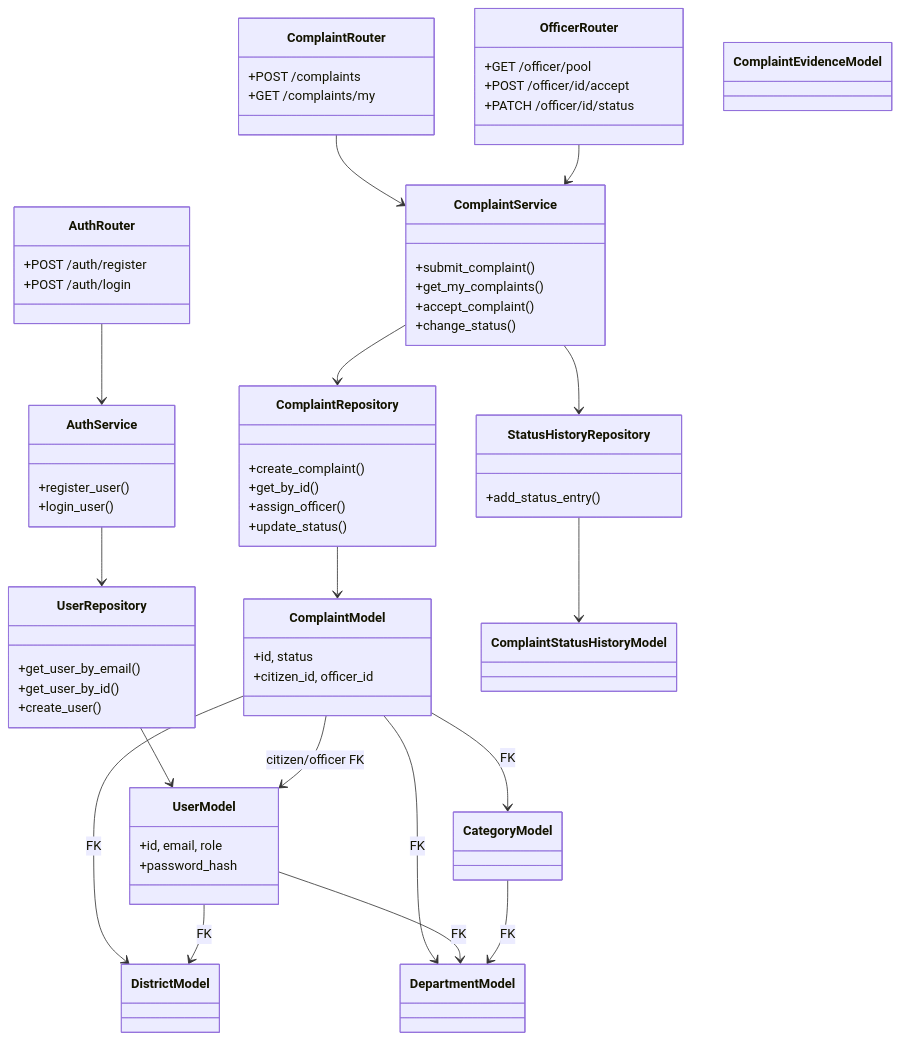
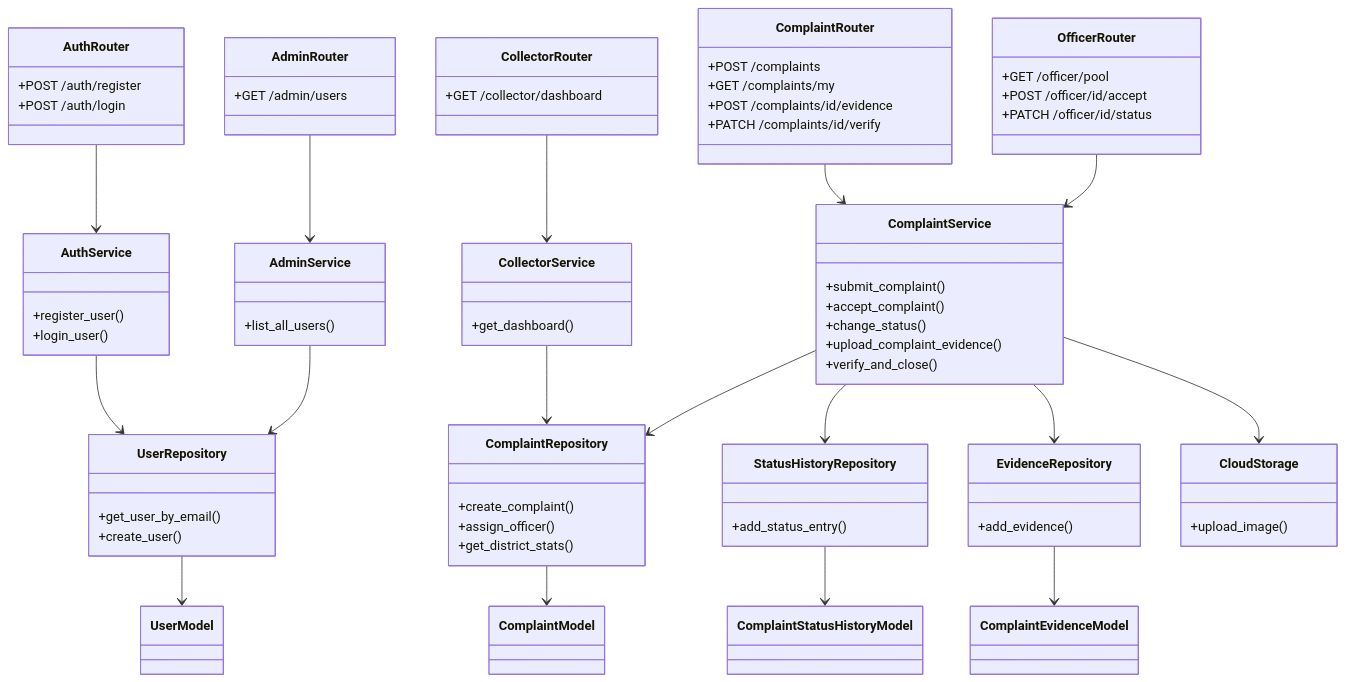
One commit to daarani24/NammaVoice-AI changed the diagram in docs/diagrams/class_diagram.mmd. Above: the diagram before and after it, drawn with Mermaid. The commit also changed 1 other file, not shown here.

Commit message:
docs(final):updated changelog.md and class diagram.mmd

```diff
--- a/docs/diagrams/class_diagram.mmd
+++ b/docs/diagrams/class_diagram.mmd
@@ -1,74 +1,83 @@
 classDiagram
   class AuthRouter {
     +POST /auth/register
     +POST /auth/login
   }
   class ComplaintRouter {
     +POST /complaints
     +GET /complaints/my
+    +POST /complaints/id/evidence
+    +PATCH /complaints/id/verify
   }
   class OfficerRouter {
     +GET /officer/pool
     +POST /officer/id/accept
     +PATCH /officer/id/status
+  }
+  class CollectorRouter {
+    +GET /collector/dashboard
+  }
+  class AdminRouter {
+    +GET /admin/users
   }
 
   class AuthService {
     +register_user()
     +login_user()
   }
   class ComplaintService {
     +submit_complaint()
-    +get_my_complaints()
     +accept_complaint()
     +change_status()
+    +upload_complaint_evidence()
+    +verify_and_close()
+  }
+  class CollectorService {
+    +get_dashboard()
+  }
+  class AdminService {
+    +list_all_users()
   }
 
   class UserRepository {
     +get_user_by_email()
-    +get_user_by_id()
     +create_user()
   }
   class ComplaintRepository {
     +create_complaint()
-    +get_by_id()
     +assign_officer()
-    +update_status()
+    +get_district_stats()
   }
   class StatusHistoryRepository {
     +add_status_entry()
   }
+  class EvidenceRepository {
+    +add_evidence()
+  }
+  class CloudStorage {
+    +upload_image()
+  }
 
-  class UserModel {
-    +id, email, role
-    +password_hash
-  }
-  class ComplaintModel {
-    +id, status
-    +citizen_id, officer_id
-  }
-  class DistrictModel
-  class DepartmentModel
-  class CategoryModel
+  class UserModel
+  class ComplaintModel
   class ComplaintStatusHistoryModel
   class ComplaintEvidenceModel
 
   AuthRouter --> AuthService
   ComplaintRouter --> ComplaintService
   OfficerRouter --> ComplaintService
+  CollectorRouter --> CollectorService
+  AdminRouter --> AdminService
 
   AuthService --> UserRepository
   ComplaintService --> ComplaintRepository
   ComplaintService --> StatusHistoryRepository
+  ComplaintService --> EvidenceRepository
+  ComplaintService --> CloudStorage
+  CollectorService --> ComplaintRepository
+  AdminService --> UserRepository
 
   UserRepository --> UserModel
   ComplaintRepository --> ComplaintModel
   StatusHistoryRepository --> ComplaintStatusHistoryModel
-
-  ComplaintModel --> UserModel : citizen/officer FK
-  ComplaintModel --> CategoryModel : FK
-  ComplaintModel --> DepartmentModel : FK
-  ComplaintModel --> DistrictModel : FK
-  UserModel --> DistrictModel : FK
-  UserModel --> DepartmentModel : FK
-  CategoryModel --> DepartmentModel : FK
+  EvidenceRepository --> ComplaintEvidenceModel
```
